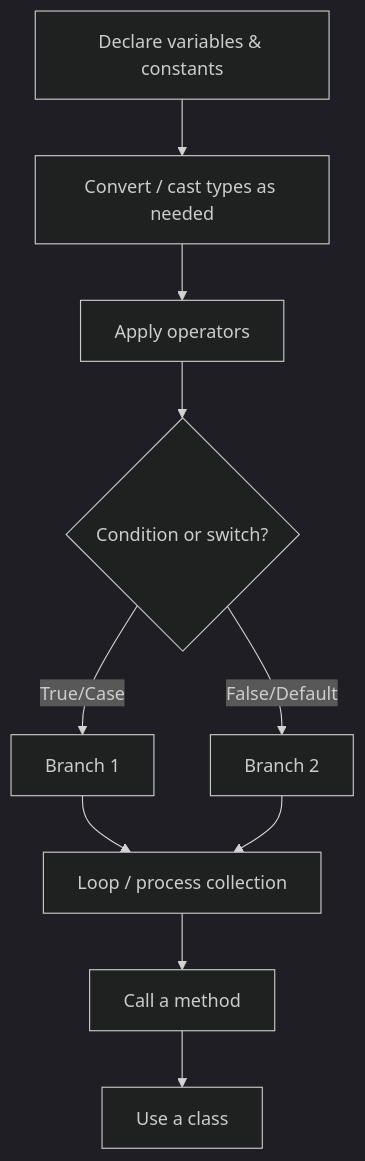
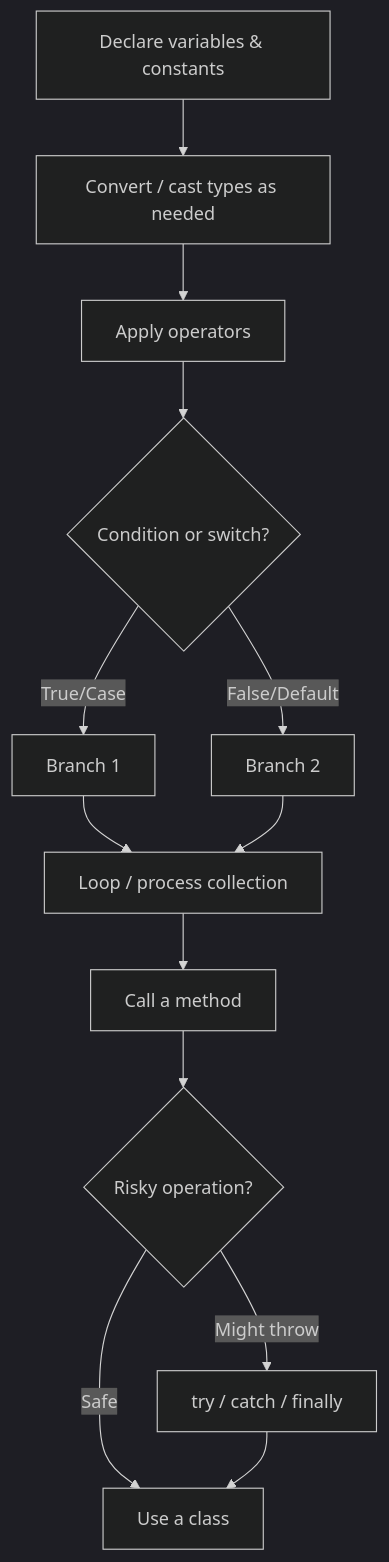
One commit to dothanhtien/CsharpAndDotnetWiki changed the diagram in lectures/01-csharp-basics/README.md. Above: the diagram before and after it, drawn with Mermaid (dark theme). The commit also changed other lines of this file and 10 other files, not shown here.

````diff
--- a/lectures/01-csharp-basics/README.md
+++ b/lectures/01-csharp-basics/README.md
@@ -325,12 +541,15 @@
 ```mermaid
 flowchart TD
     A[Declare variables & constants] --> B[Convert / cast types as needed]
     B --> C[Apply operators]
     C --> D{Condition or switch?}
     D -- True/Case --> E[Branch 1]
     D -- False/Default --> F[Branch 2]
     E --> G[Loop / process collection]
     F --> G
     G --> H[Call a method]
-    H --> I[Use a class]
+    H --> I{Risky operation?}
+    I -- Might throw --> J[try / catch / finally]
+    I -- Safe --> K[Use a class]
+    J --> K
 ```
````
